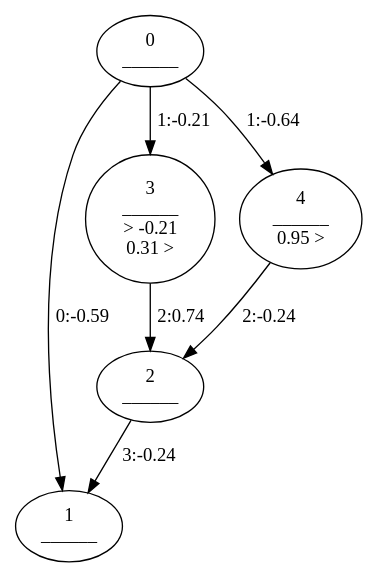
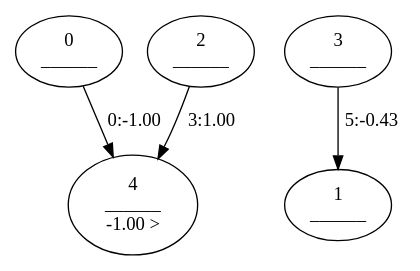
One commit to shrinivaasanka/asfer-github-code changed the diagram in python-src/music_pattern_mining/MusicWeightedAutomaton.gv. Above: the diagram before and after it, drawn with Graphviz. The commit also changed 3 other files, not shown here.

```diff
--- a/python-src/music_pattern_mining/MusicWeightedAutomaton.gv
+++ b/python-src/music_pattern_mining/MusicWeightedAutomaton.gv
@@ -1,22 +1,17 @@
 //MusicWeightedAutomaton.dot
 digraph {
 	0 [label="0
 ______"]
 	1 [label="1
 ______"]
 	2 [label="2
 ______"]
 	3 [label="3
-______
-> -0.21
-0.31 >"]
+______"]
 	4 [label="4
 ______
-0.95 >"]
-	0 -> 1 [label="0:-0.59"]
-	0 -> 3 [label="1:-0.21"]
-	0 -> 4 [label="1:-0.64"]
-	3 -> 2 [label="2:0.74"]
-	4 -> 2 [label="2:-0.24"]
-	2 -> 1 [label="3:-0.24"]
+-1.00 >"]
+	0 -> 4 [label="0:-1.00"]
+	2 -> 4 [label="3:1.00"]
+	3 -> 1 [label="5:-0.43"]
 }
```
